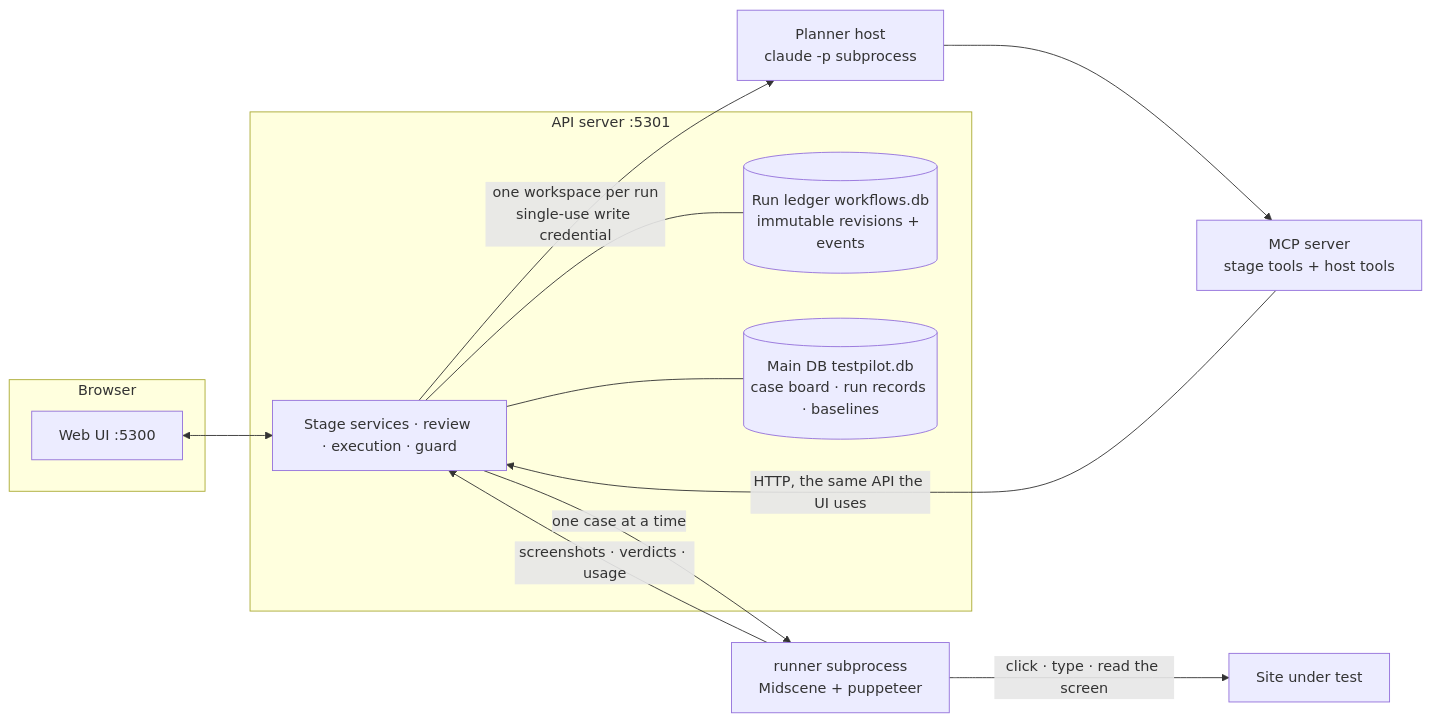
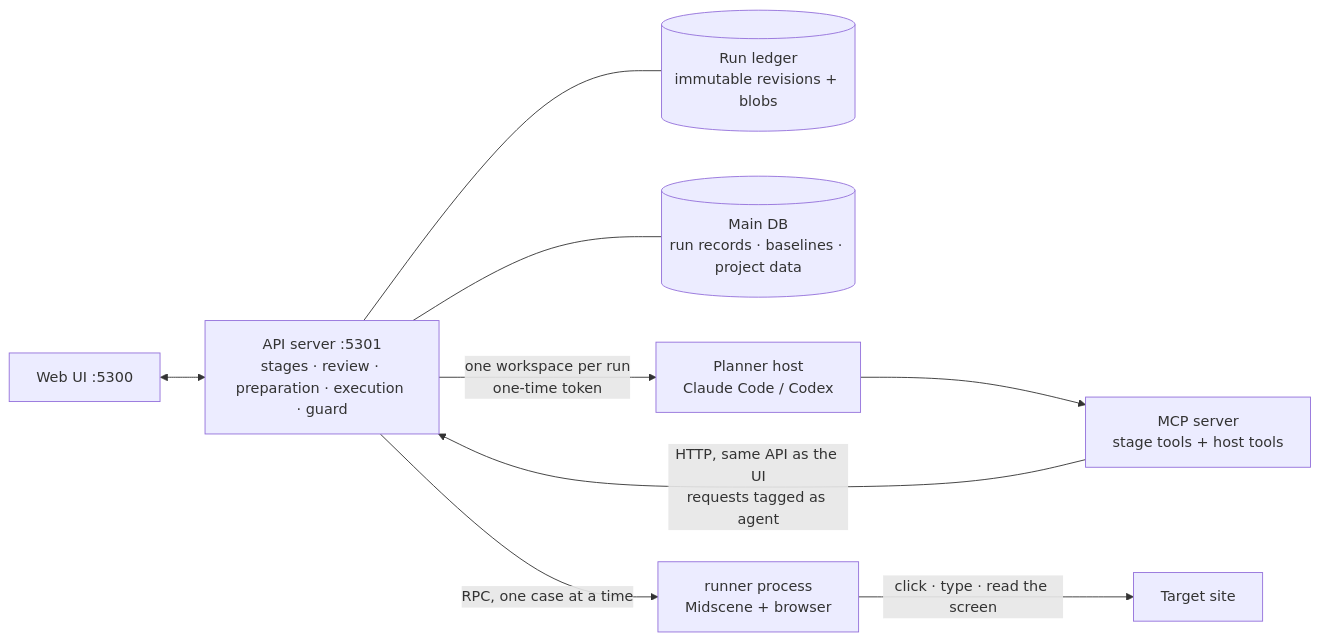
The second of 2 diagrams in README.en.md (zyonlab/TestPilot), drawn with Mermaid before and after one commit. The commit also changed other lines of this file and 1 other file, not shown here.

````diff
--- a/README.en.md
+++ b/README.en.md
@@ -150,24 +109,11 @@
 ```mermaid
 flowchart LR
-  subgraph B["Browser"]
-    W["Web UI :5300"]
-  end
-  subgraph S["API server :5301"]
-    API["Stage services · review · execution · guard"]
-    LG[("Run ledger workflows.db<br/>immutable revisions + events")]
-    DB[("Main DB testpilot.db<br/>case board · run records · baselines")]
-  end
-  H["Planner host<br/>claude -p subprocess"]
-  M["MCP server<br/>stage tools + host tools"]
-  R["runner subprocess<br/>Midscene + puppeteer"]
-  T["Site under test"]
-  W <--> API
-  API --- LG
-  API --- DB
-  API -->|"one workspace per run<br/>single-use write credential"| H
-  H --> M
-  M -->|"HTTP, the same API the UI uses"| API
-  API -->|"one case at a time"| R
-  R -->|"click · type · read the screen"| T
-  R -->|"screenshots · verdicts · usage"| API
+  W["Web UI :5300"] <--> API["API server :5301<br/>stages · review · preparation · execution · guard"]
+  API --- LG[("Run ledger<br/>immutable revisions + blobs")]
+  API --- DB[("Main DB<br/>run records · baselines · project data")]
+  API -->|"one workspace per run<br/>one-time token"| H["Planner host<br/>Claude Code / Codex"]
+  H --> M["MCP server<br/>stage tools + host tools"]
+  M -->|"HTTP, same API as the UI<br/>requests tagged as agent"| API
+  API -->|"RPC, one case at a time"| R["runner process<br/>Midscene + browser"]
+  R -->|"click · type · read the screen"| T["Target site"]
 ```
````
